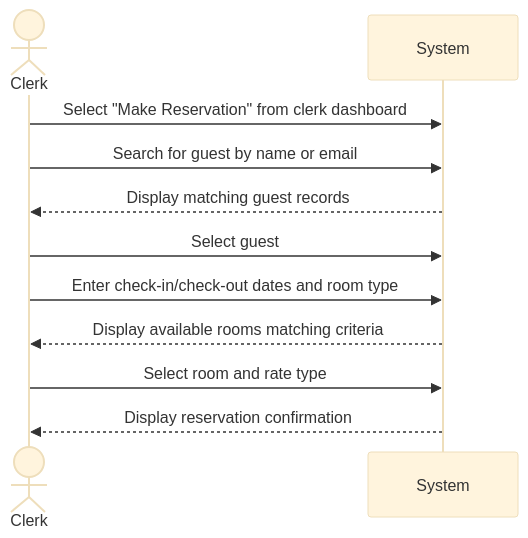
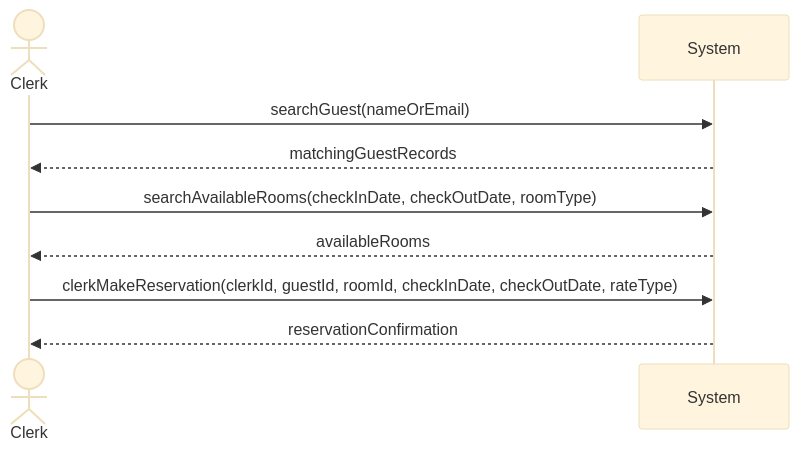
One commit to JaceYar/Software1-Proj changed the diagram in Documentation/User-Cases/ClerkMakesReservation.md. Above: the diagram before and after it, drawn with Mermaid (base theme). The commit also changed 18 other files, not shown here.

````diff
--- a/Documentation/User-Cases/ClerkMakesReservation.md
+++ b/Documentation/User-Cases/ClerkMakesReservation.md
@@ -11,14 +11,12 @@
 ```mermaid
 sequenceDiagram
     actor Clerk
     participant System
 
-    Clerk->>System: Select "Make Reservation" from clerk dashboard
-    Clerk->>System: Search for guest by name or email
-    System-->>Clerk: Display matching guest records
-    Clerk->>System: Select guest
-    Clerk->>System: Enter check-in/check-out dates and room type
-    System-->>Clerk: Display available rooms matching criteria
-    Clerk->>System: Select room and rate type
-    System-->>Clerk: Display reservation confirmation
+    Clerk->>System: searchGuest(nameOrEmail)
+    System-->>Clerk: matchingGuestRecords
+    Clerk->>System: searchAvailableRooms(checkInDate, checkOutDate, roomType)
+    System-->>Clerk: availableRooms
+    Clerk->>System: clerkMakeReservation(clerkId, guestId, roomId, checkInDate, checkOutDate, rateType)
+    System-->>Clerk: reservationConfirmation
 ```
````
